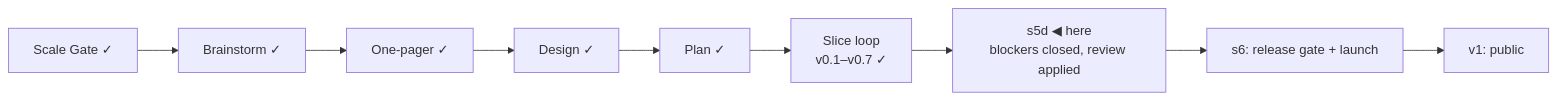
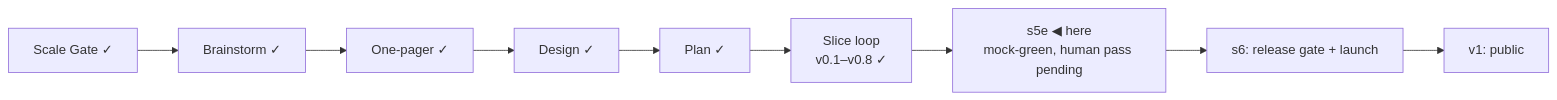
The diagram in STATUS.md (OytunOnal/permit-rulebook), drawn with Mermaid before and after one commit. The commit also changed other lines of this file and 6 other files, not shown here.

Commit message:
s5e mock-green; readings rendered as ours; glossary and ledgers current

````diff
--- a/STATUS.md
+++ b/STATUS.md
@@ -11,8 +11,8 @@
 ```mermaid
 flowchart LR
     A[Scale Gate ✓] --> B[Brainstorm ✓] --> C[One-pager ✓] --> D[Design ✓] --> E[Plan ✓]
-    E --> F["Slice loop<br/>v0.1–v0.7 ✓"]
-    F --> G["s5d ◀ here<br/>blockers closed, review applied"]
+    E --> F["Slice loop<br/>v0.1–v0.8 ✓"]
+    F --> G["s5e ◀ here<br/>mock-green, human pass pending"]
     G --> H[s6: release gate + launch]
     H --> I[v1: public]
 ```
````
